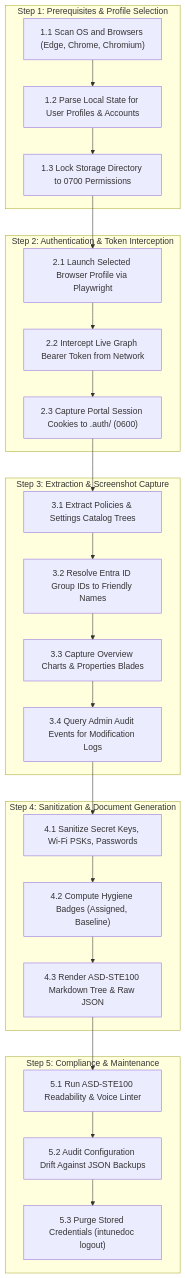
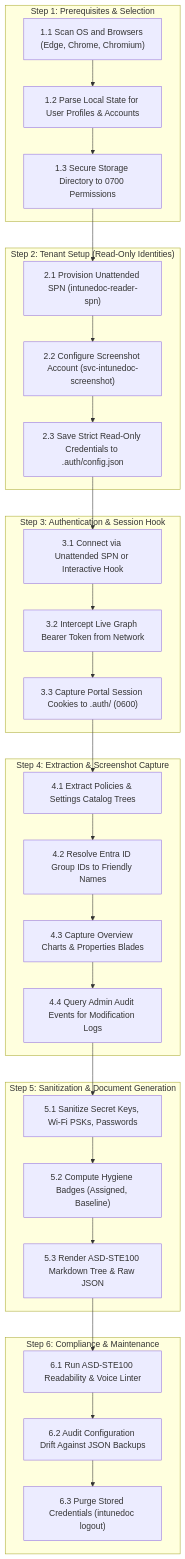
One commit to leifdavisson/intune-visual-doc changed the diagram in docs/WORKFLOW.md. Above: the diagram before and after it, drawn with Mermaid. The commit also changed other lines of this file and 16 other files, not shown here.

Commit message:
feat(setup): add dedicated read-only SPN and screenshot maker setup wizard with ADR 0011

````diff
--- a/docs/WORKFLOW.md
+++ b/docs/WORKFLOW.md
@@ -8,43 +13,51 @@
 ```mermaid
 flowchart TD
-    subgraph E1["Step 1: Prerequisites & Profile Selection"]
+    subgraph E1["Step 1: Prerequisites & Selection"]
         E1A["1.1 Scan OS and Browsers (Edge, Chrome, Chromium)"]
         E1B["1.2 Parse Local State for User Profiles & Accounts"]
-        E1C["1.3 Lock Storage Directory to 0700 Permissions"]
+        E1C["1.3 Secure Storage Directory to 0700 Permissions"]
         E1A --> E1B --> E1C
     end
 
-    subgraph E2["Step 2: Authentication & Token Interception"]
-        E2A["2.1 Launch Selected Browser Profile via Playwright"]
-        E2B["2.2 Intercept Live Graph Bearer Token from Network"]
-        E2C["2.3 Capture Portal Session Cookies to .auth/ (0600)"]
+    subgraph E2["Step 2: Tenant Setup (Read-Only Identities)"]
+        E2A["2.1 Provision Unattended SPN (intunedoc-reader-spn)"]
+        E2B["2.2 Configure Screenshot Account (svc-intunedoc-screenshot)"]
+        E2C["2.3 Save Strict Read-Only Credentials to .auth/config.json"]
         E2A --> E2B --> E2C
     end
 
-    subgraph E3["Step 3: Extraction & Screenshot Capture"]
-        E3A["3.1 Extract Policies & Settings Catalog Trees"]
-        E3B["3.2 Resolve Entra ID Group IDs to Friendly Names"]
-        E3C["3.3 Capture Overview Charts & Properties Blades"]
-        E3D["3.4 Query Admin Audit Events for Modification Logs"]
-        E3A --> E3B --> E3C --> E3D
+    subgraph E3["Step 3: Authentication & Session Hook"]
+        E3A["3.1 Connect via Unattended SPN or Interactive Hook"]
+        E3B["3.2 Intercept Live Graph Bearer Token from Network"]
+        E3C["3.3 Capture Portal Session Cookies to .auth/ (0600)"]
+        E3A --> E3B --> E3C
     end
 
-    subgraph E4["Step 4: Sanitization & Document Generation"]
-        E4A["4.1 Sanitize Secret Keys, Wi-Fi PSKs, Passwords"]
-        E4B["4.2 Compute Hygiene Badges (Assigned, Baseline)"]
-        E4C["4.3 Render ASD-STE100 Markdown Tree & Raw JSON"]
-        E4A --> E4B --> E4C
+    subgraph E4["Step 4: Extraction & Screenshot Capture"]
+        E4A["4.1 Extract Policies & Settings Catalog Trees"]
+        E4B["4.2 Resolve Entra ID Group IDs to Friendly Names"]
+        E4C["4.3 Capture Overview Charts & Properties Blades"]
+        E4D["4.4 Query Admin Audit Events for Modification Logs"]
+        E4A --> E4B --> E4C --> E4D
     end
 
-    subgraph E5["Step 5: Compliance & Maintenance"]
-        E5A["5.1 Run ASD-STE100 Readability & Voice Linter"]
-        E5B["5.2 Audit Configuration Drift Against JSON Backups"]
-        E5C["5.3 Purge Stored Credentials (intunedoc logout)"]
+    subgraph E5["Step 5: Sanitization & Document Generation"]
+        E5A["5.1 Sanitize Secret Keys, Wi-Fi PSKs, Passwords"]
+        E5B["5.2 Compute Hygiene Badges (Assigned, Baseline)"]
+        E5C["5.3 Render ASD-STE100 Markdown Tree & Raw JSON"]
         E5A --> E5B --> E5C
+    end
+
+    subgraph E6["Step 6: Compliance & Maintenance"]
+        E6A["6.1 Run ASD-STE100 Readability & Voice Linter"]
+        E6B["6.2 Audit Configuration Drift Against JSON Backups"]
+        E6C["6.3 Purge Stored Credentials (intunedoc logout)"]
+        E6A --> E6B --> E6C
     end
 
     E1C --> E2A
     E2C --> E3A
-    E3D --> E4A
-    E4C --> E5A
+    E3C --> E4A
+    E4D --> E5A
+    E5C --> E6A
 ```
````
